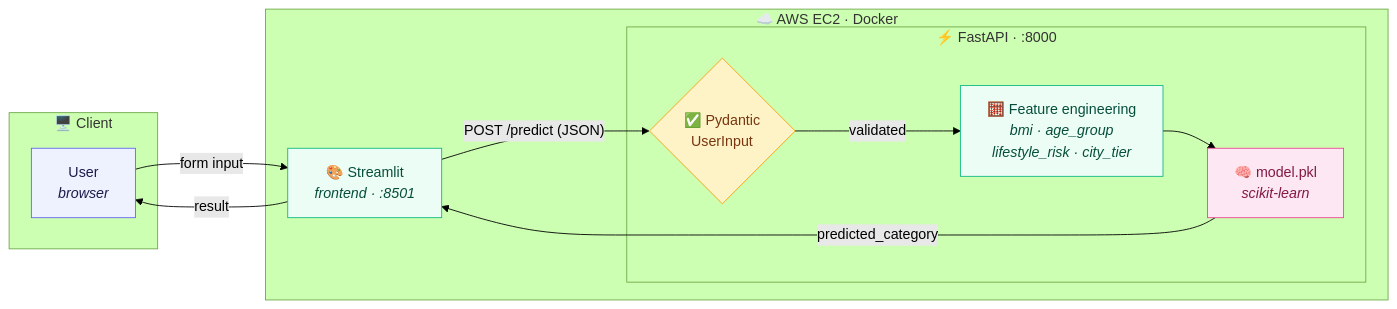
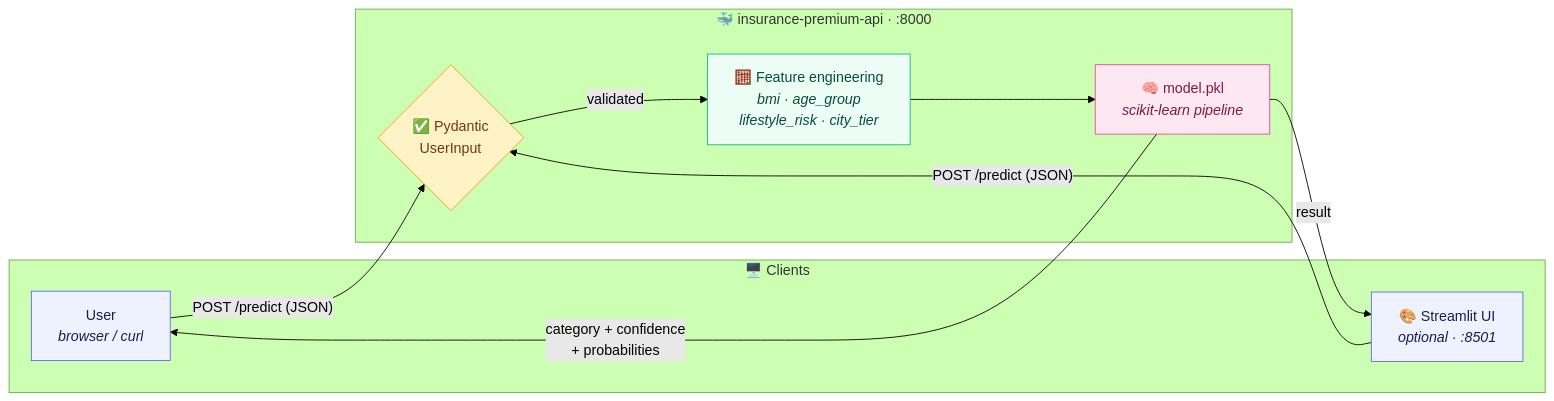
One commit to Amith-Ganta/FastAPI-ML-Docker-AWS changed the first of 3 diagrams in README.md. Above: the diagram before and after it, drawn with Mermaid (forest theme). The commit also changed other lines of this file and 8 other files, not shown here.

````diff
--- a/README.md
+++ b/README.md
@@ -157,31 +73,29 @@
 ```mermaid
 flowchart LR
-    subgraph CLIENT["🖥️ Client"]
-        USER["User<br/><i>browser</i>"]
+    subgraph CLIENT["🖥️ Clients"]
+        USER["User<br/><i>browser / curl</i>"]
+        FE["🎨 Streamlit UI<br/><i>optional · :8501</i>"]
     end
 
-    subgraph EC2["☁️ AWS EC2 · Docker"]
-        FE["🎨 Streamlit<br/><i>frontend · :8501</i>"]
-        subgraph API["⚡ FastAPI · :8000"]
-            VAL{"✅ Pydantic<br/>UserInput"}
-            FEAT["🧮 Feature engineering<br/><i>bmi · age_group<br/>lifestyle_risk · city_tier</i>"]
-            MODEL["🧠 model.pkl<br/><i>scikit-learn</i>"]
-        end
+    subgraph IMG["🐳 insurance-premium-api · :8000"]
+        VAL{"✅ Pydantic<br/>UserInput"}
+        FEAT["🧮 Feature engineering<br/><i>bmi · age_group<br/>lifestyle_risk · city_tier</i>"]
+        MODEL["🧠 model.pkl<br/><i>scikit-learn pipeline</i>"]
     end
 
-    USER -- "form input" --> FE
+    USER -- "POST /predict (JSON)" --> VAL
     FE -- "POST /predict (JSON)" --> VAL
     VAL -- "validated" --> FEAT
     FEAT --> MODEL
-    MODEL -- "predicted_category" --> FE
-    FE -- "result" --> USER
+    MODEL -- "category + confidence<br/>+ probabilities" --> USER
+    MODEL -- "result" --> FE
 
     classDef client fill:#EEF2FF,stroke:#6366F1,stroke-width:1px,color:#1E1B4B;
     classDef gate fill:#FEF3C7,stroke:#F59E0B,stroke-width:1px,color:#78350F;
     classDef svc fill:#ECFDF5,stroke:#10B981,stroke-width:1px,color:#064E3B;
     classDef store fill:#FCE7F3,stroke:#EC4899,stroke-width:1px,color:#831843;
-    class USER client;
+    class USER,FE client;
     class VAL gate;
-    class FE,FEAT svc;
+    class FEAT svc;
     class MODEL store;
 ```
````
